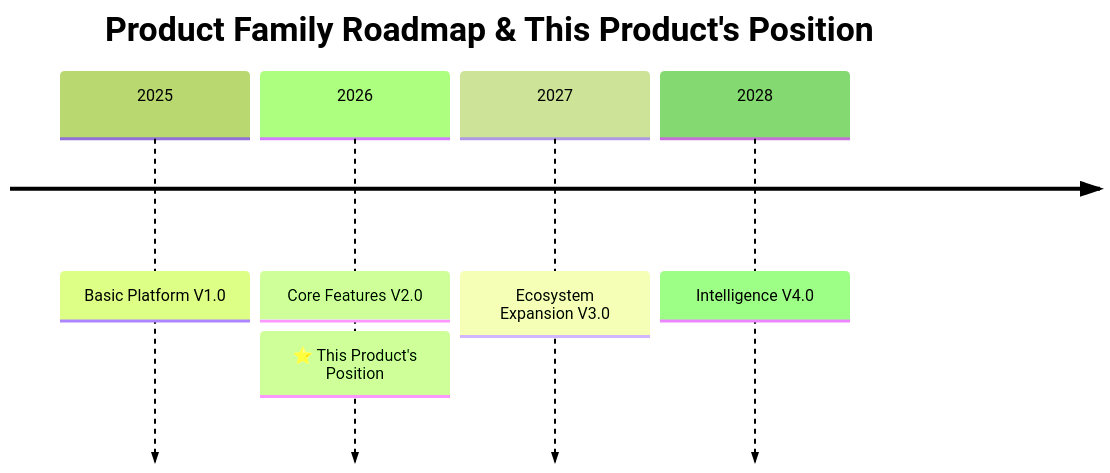
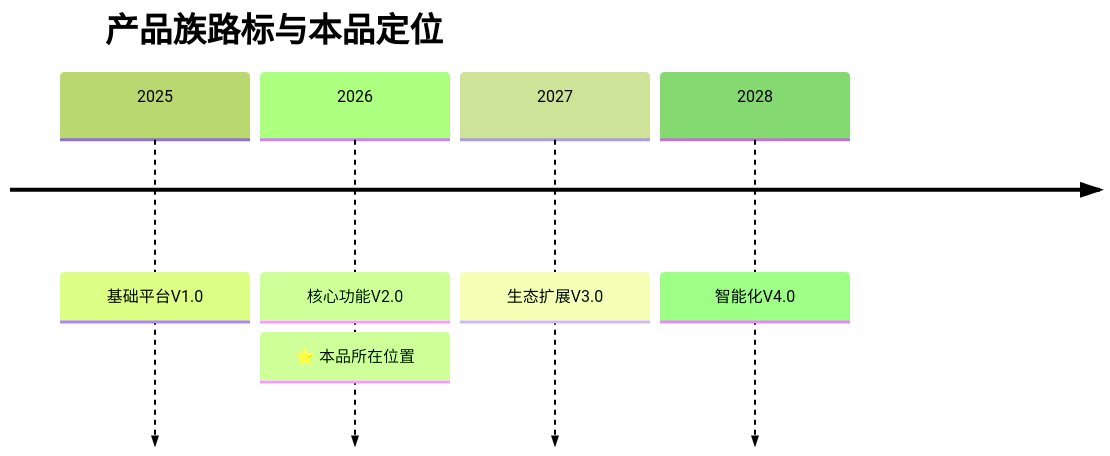
The third of 11 diagrams in templates/Product/Strategy/Template-Project-Charter.md (Kirky-X/cangjie), drawn with Mermaid (forest theme) before and after one commit. The commit also changed other lines of this file and 33 other files, not shown here.

````diff
--- a/templates/Product/Strategy/Template-Project-Charter.md
+++ b/templates/Product/Strategy/Template-Project-Charter.md
@@ -190,8 +190,8 @@
 ```mermaid
 timeline
-    title Product Family Roadmap & This Product's Position
-    2025 : Basic Platform V1.0
-    2026 : Core Features V2.0 : ⭐ This Product's Position
-    2027 : Ecosystem Expansion V3.0
-    2028 : Intelligence V4.0
+    title 产品族路标与本品定位
+    2025 : 基础平台V1.0
+    2026 : 核心功能V2.0 : ⭐ 本品所在位置
+    2027 : 生态扩展V3.0
+    2028 : 智能化V4.0
 ```
````
